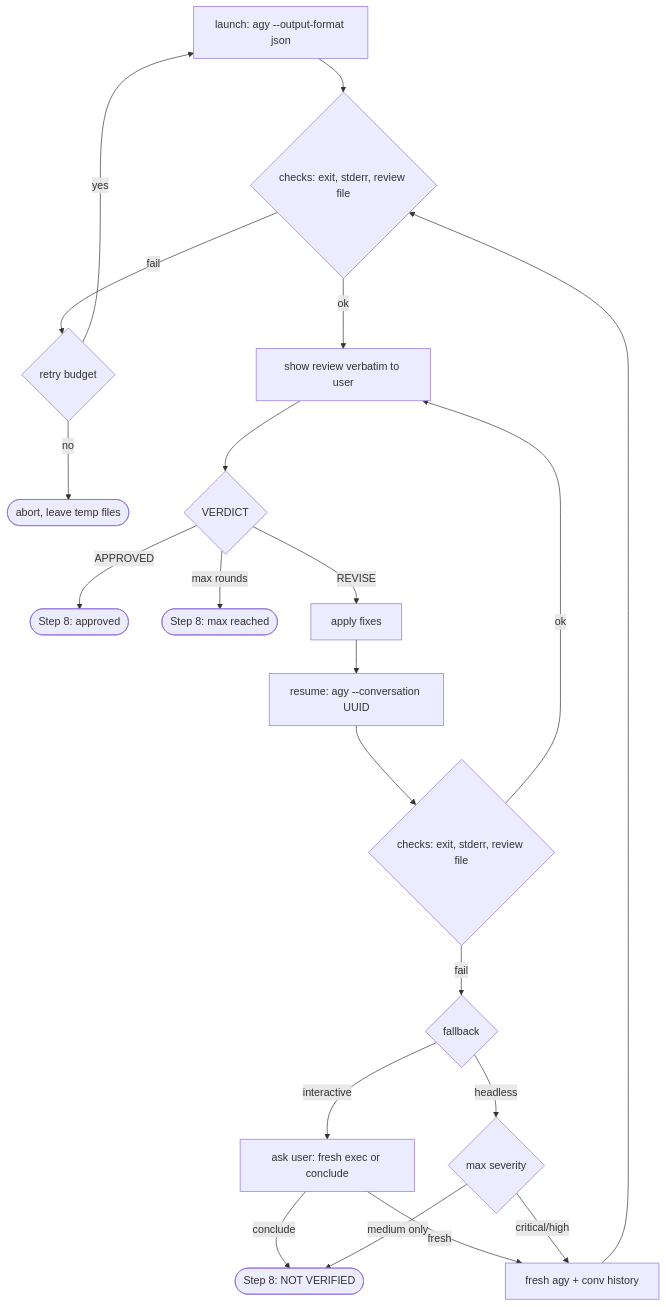
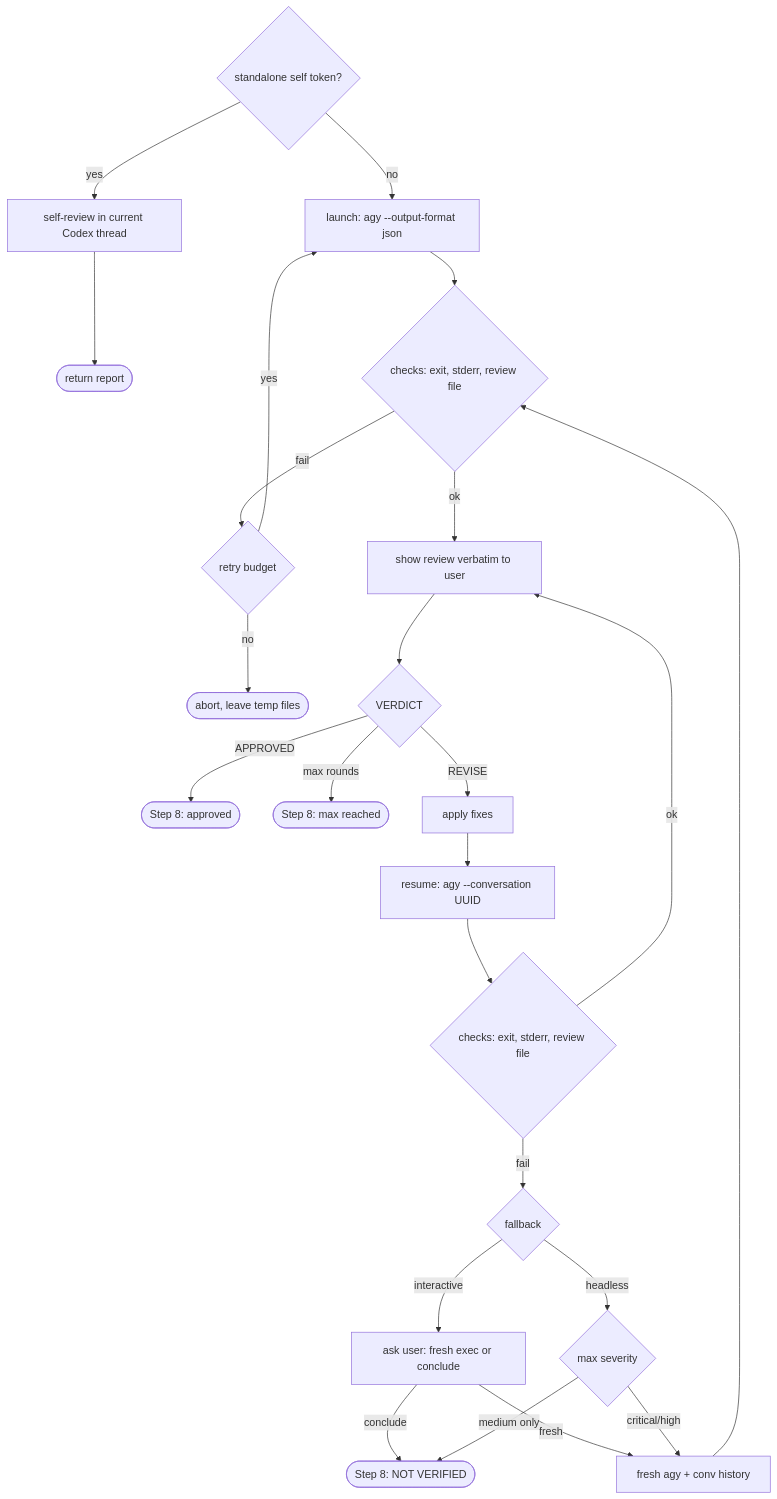
One commit to d00rsfan/adversarial-review changed the diagram in docs/DESIGN.md. Above: the diagram before and after it, drawn with Mermaid. The commit also changed other lines of this file and 8 other files, not shown here.

````diff
--- a/docs/DESIGN.md
+++ b/docs/DESIGN.md
@@ -95,23 +98,27 @@
 ```mermaid
 flowchart TD
-    A[launch: agy --output-format json] --> B{checks: exit, stderr, review file}
+    START{standalone self token?}
+    START -- yes --> SELF[self-review in current Codex thread]
+    SELF --> SDONE([return report])
+    START -- no --> A[launch: agy --output-format json]
+    A --> B{checks: exit, stderr, review file}
     B -- fail --> RETRY{retry budget}
     RETRY -- yes --> A
     RETRY -- no --> ABORT([abort, leave temp files])
     B -- ok --> SHOW[show review verbatim to user]
     SHOW --> V{VERDICT}
     V -- APPROVED --> APPROVED([Step 8: approved])
     V -- max rounds --> MAX([Step 8: max reached])
     V -- REVISE --> FIX[apply fixes]
     FIX --> RESUME[resume: agy --conversation UUID]
     RESUME --> C{checks: exit, stderr, review file}
     C -- ok --> SHOW
     C -- fail --> FB{fallback}
     FB -- interactive --> ASK[ask user: fresh exec or conclude]
     FB -- headless --> SEV{max severity}
     ASK -- fresh --> FRESH[fresh agy + conv history]
     ASK -- conclude --> NOTVER([Step 8: NOT VERIFIED])
     SEV -- critical/high --> FRESH
     SEV -- medium only --> NOTVER
     FRESH --> B
 ```
````
